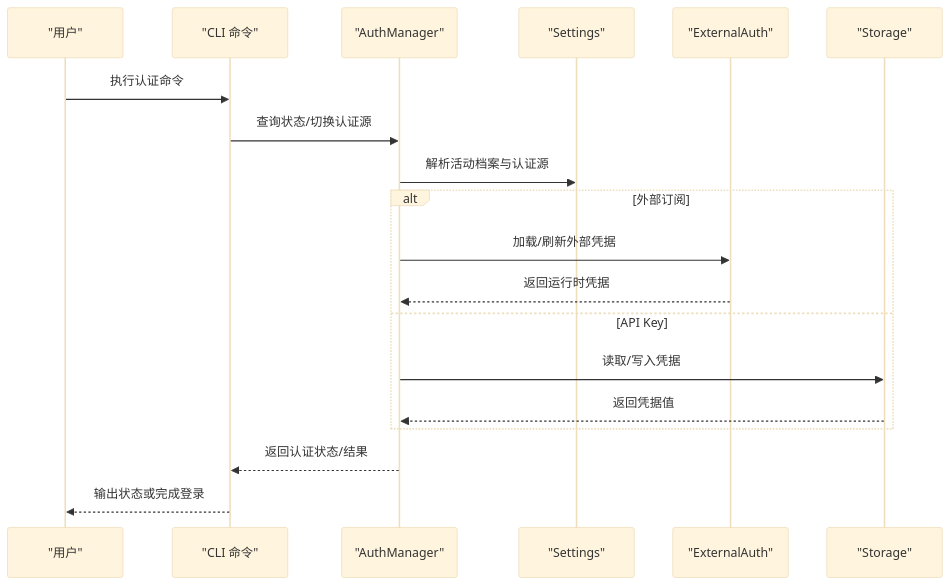
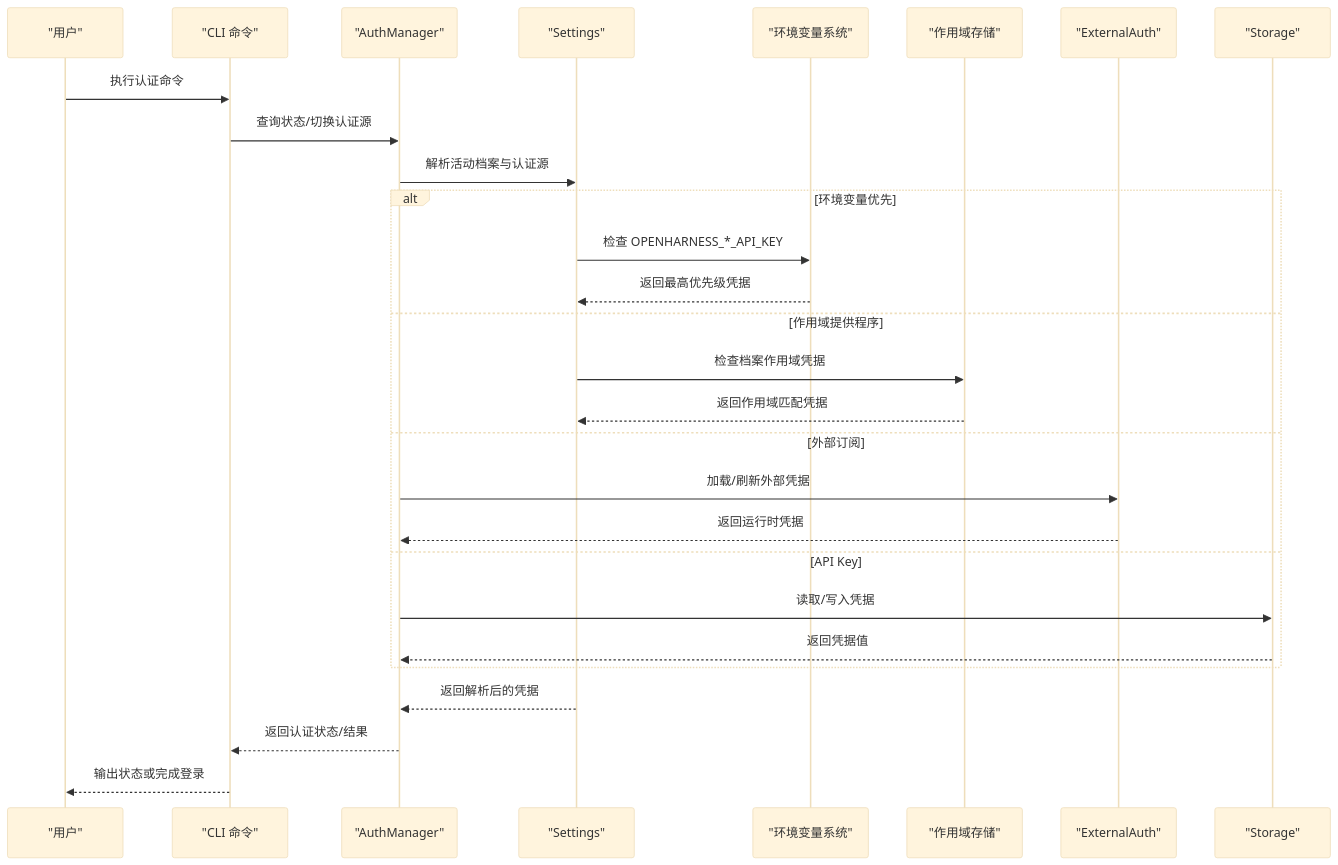
The second of 8 diagrams in .qoder/repowiki/zh/content/AI 提供商集成/认证管理.md (haolange/OpenHarness), drawn with Mermaid (base theme) before and after one commit. The commit also changed other lines of this file and 5 other files, not shown here.

````diff
--- a/.qoder/repowiki/zh/content/AI 提供商集成/认证管理.md
+++ b/.qoder/repowiki/zh/content/AI 提供商集成/认证管理.md
@@ -116,21 +133,30 @@
 ```mermaid
 sequenceDiagram
 participant U as "用户"
 participant CLI as "CLI 命令"
 participant AM as "AuthManager"
 participant CFG as "Settings"
+participant ENV as "环境变量系统"
+participant SCOPE as "作用域存储"
 participant EXT as "ExternalAuth"
 participant ST as "Storage"
 U->>CLI : 执行认证命令
 CLI->>AM : 查询状态/切换认证源
 AM->>CFG : 解析活动档案与认证源
-alt 外部订阅
+alt 环境变量优先
+CFG->>ENV : 检查 OPENHARNESS_*_API_KEY
+ENV-->>CFG : 返回最高优先级凭据
+else 作用域提供程序
+CFG->>SCOPE : 检查档案作用域凭据
+SCOPE-->>CFG : 返回作用域匹配凭据
+else 外部订阅
 AM->>EXT : 加载/刷新外部凭据
 EXT-->>AM : 返回运行时凭据
 else API Key
 AM->>ST : 读取/写入凭据
 ST-->>AM : 返回凭据值
 end
+CFG-->>AM : 返回解析后的凭据
 AM-->>CLI : 返回认证状态/结果
 CLI-->>U : 输出状态或完成登录
 ```
````
